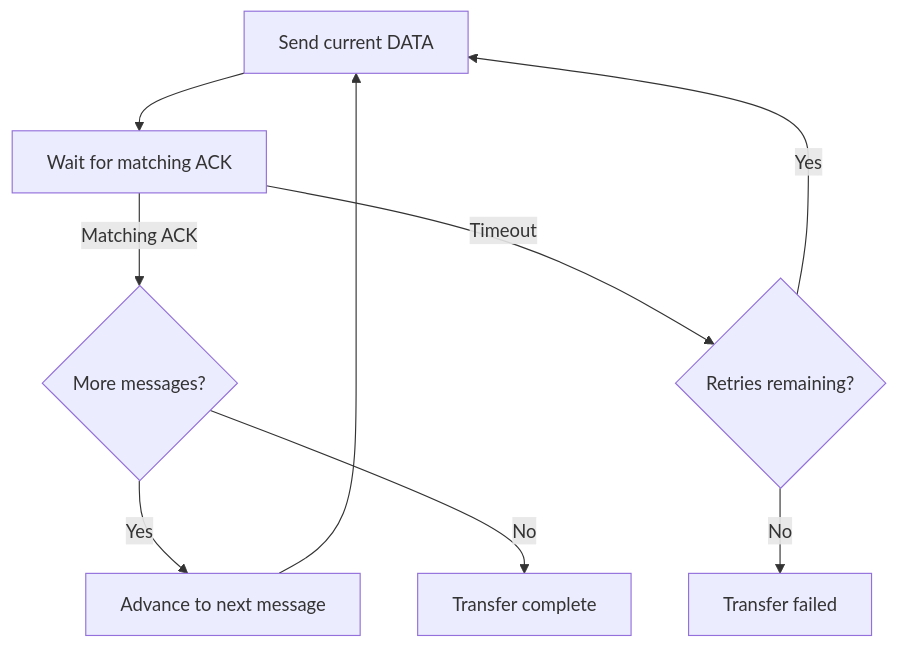
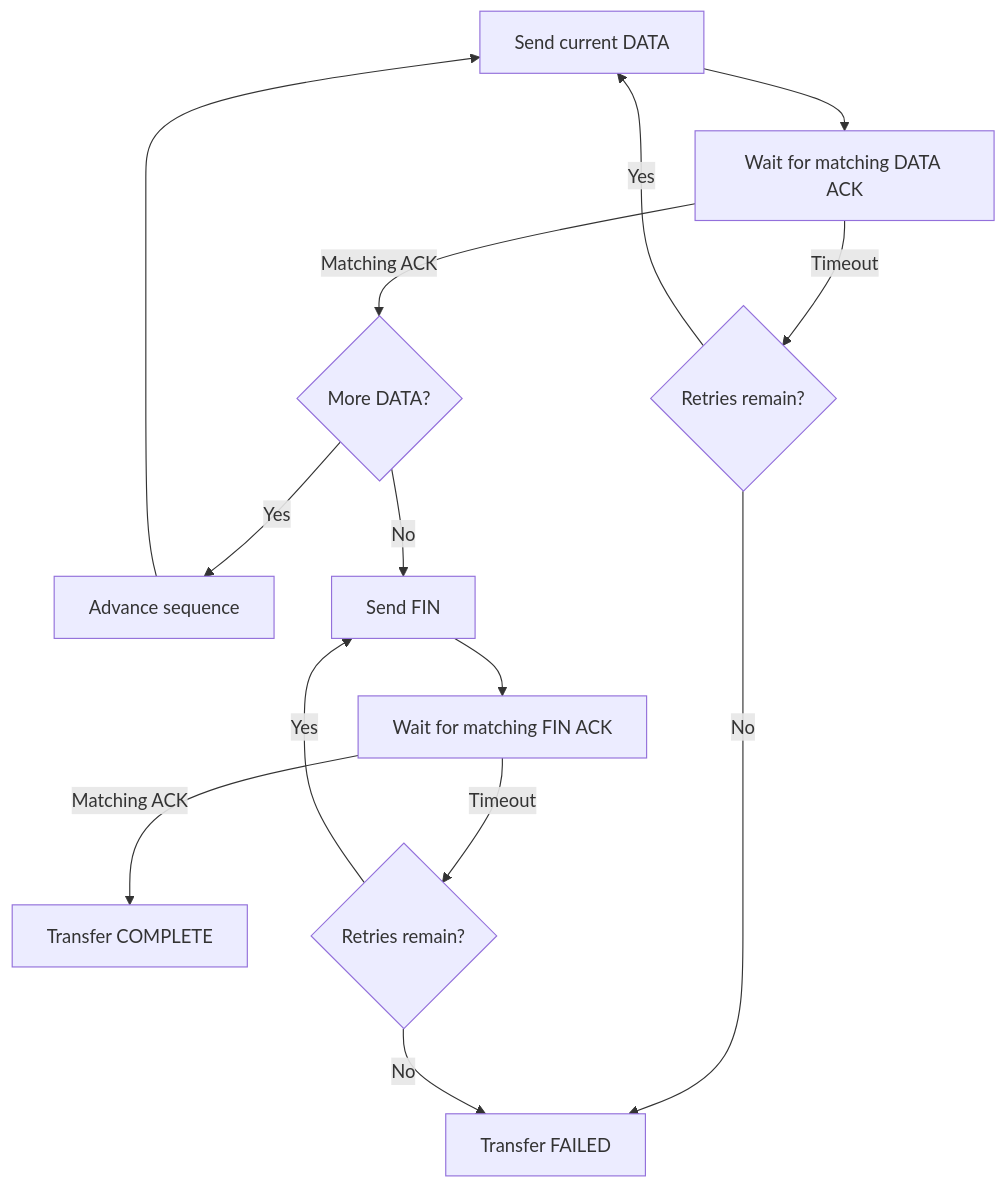
One commit to mudabs/computer_networks_project changed the first of 2 diagrams in info/PACKET.md. Above: the diagram before and after it, drawn with Mermaid. The commit also changed other lines of this file, not shown here.

Commit message:
docs: verify sender DATA and FIN states

````diff
--- a/info/PACKET.md
+++ b/info/PACKET.md
@@ -175,11 +175,16 @@
 ```mermaid
 flowchart TD
-    Send["Send current DATA"] --> Wait["Wait for matching ACK"]
-    Wait -->|Matching ACK| More{"More messages?"}
-    More -->|Yes| Advance["Advance to next message"]
-    Advance --> Send
-    More -->|No| Done["Transfer complete"]
-    Wait -->|Timeout| Retry{"Retries remaining?"}
-    Retry -->|Yes| Send
-    Retry -->|No| Fail["Transfer failed"]
+    Data["Send current DATA"] --> WaitData["Wait for matching DATA ACK"]
+    WaitData -->|Matching ACK| More{"More DATA?"}
+    More -->|Yes| Advance["Advance sequence"]
+    Advance --> Data
+    More -->|No| Fin["Send FIN"]
+    Fin --> WaitFin["Wait for matching FIN ACK"]
+    WaitFin -->|Matching ACK| Complete["Transfer COMPLETE"]
+    WaitData -->|Timeout| RetryData{"Retries remain?"}
+    RetryData -->|Yes| Data
+    RetryData -->|No| Failed["Transfer FAILED"]
+    WaitFin -->|Timeout| RetryFin{"Retries remain?"}
+    RetryFin -->|Yes| Fin
+    RetryFin -->|No| Failed
 ```
````
